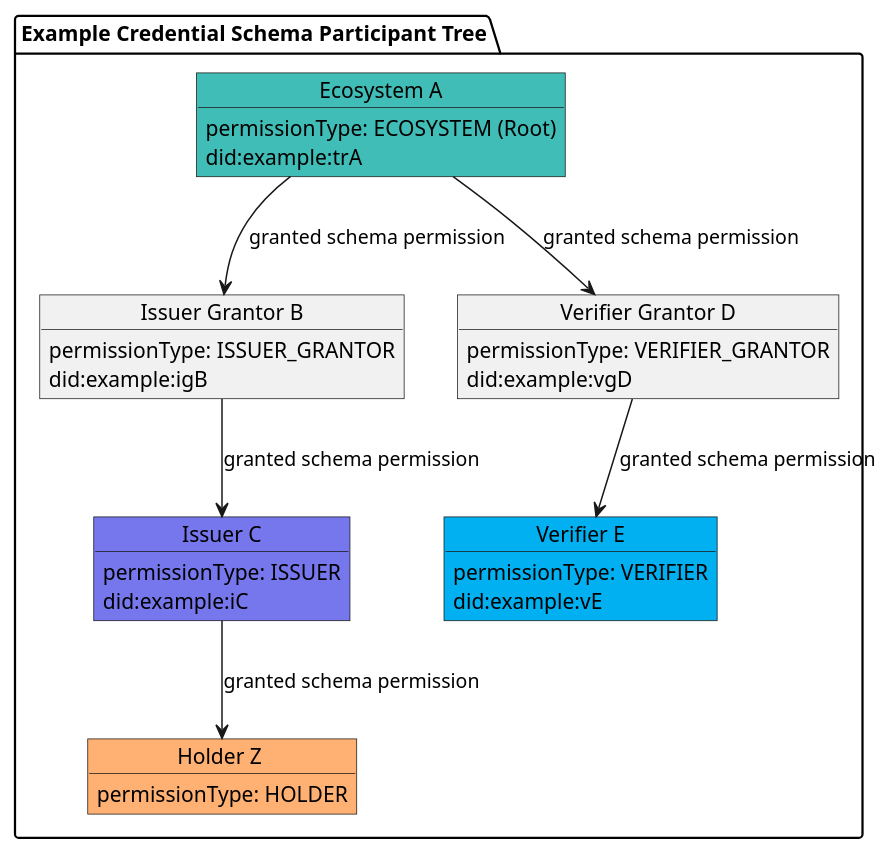
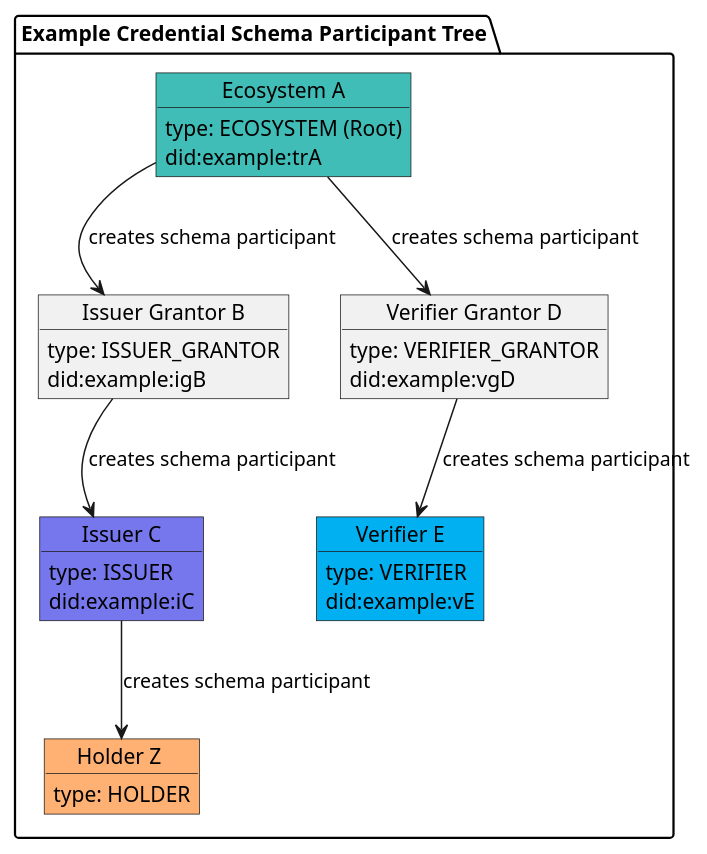
Diagram 14 of 21 in spec.md (verana-labs/verifiable-trust-vpr-spec), drawn with PlantUML before and after one commit. The commit also changed other lines of this file, not shown here.

First line of the commit message:
docs(spec): rephrase Features section for v4 Permission->Participant rename; add Corporation overview

````diff
--- a/spec.md
+++ b/spec.md
@@ -3077,45 +3137,45 @@
 ```plantuml
 
 @startuml
 scale max 800 width
  
 package "Example Credential Schema Participant Tree" as cs {
 
     object "Ecosystem A" as tr #3fbdb6 {
-        permissionType: ECOSYSTEM (Root)
+        type: ECOSYSTEM (Root)
         did:example:trA
     }
     object "Issuer Grantor B" as ig {
-        permissionType: ISSUER_GRANTOR
+        type: ISSUER_GRANTOR
         did:example:igB
     }
     object "Issuer C" as issuer #7677ed  {
-        permissionType: ISSUER
+        type: ISSUER
         did:example:iC
     }
     object "Verifier Grantor D" as vg {
-        permissionType: VERIFIER_GRANTOR
+        type: VERIFIER_GRANTOR
         did:example:vgD
     }
     object "Verifier E" as verifier #00b0f0 {
-        permissionType: VERIFIER
+        type: VERIFIER
         did:example:vE
     }
     object "Holder Z " as holder #FFB073 {
-        permissionType: HOLDER
+        type: HOLDER
     }
 }
 
 
 
-tr --> ig : granted schema permission
-ig --> issuer : granted schema permission
+tr --> ig : creates schema participant
+ig --> issuer : creates schema participant
 
-tr --> vg : granted schema permission
-vg --> verifier : granted schema permission
+tr --> vg : creates schema participant
+vg --> verifier : creates schema participant
 
-issuer --> holder: granted schema permission
+issuer --> holder: creates schema participant
 
 @enduml
 
 ```
````
